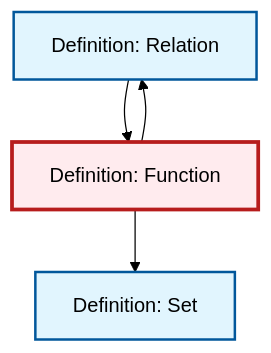
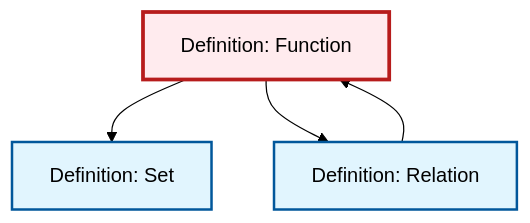
The diagram in content/en/logic-set-theory/def-function.qmd (RK0429/ModernMath), drawn with Mermaid (forest theme) before and after one commit. The commit also changed other lines of this file and 1069 other files, not shown here.

````diff
--- a/content/en/logic-set-theory/def-function.qmd
+++ b/content/en/logic-set-theory/def-function.qmd
@@ -74,18 +74,18 @@
 ```{mermaid}
 %%| fig-cap: "Local dependency graph"
 graph TD
     classDef definition fill:#e1f5fe,stroke:#01579b,stroke-width:2px
     classDef theorem fill:#f3e5f5,stroke:#4a148c,stroke-width:2px
     classDef axiom fill:#fff3e0,stroke:#e65100,stroke-width:2px
     classDef example fill:#e8f5e9,stroke:#1b5e20,stroke-width:2px
     classDef current fill:#ffebee,stroke:#b71c1c,stroke-width:3px
+    def-function["Definition: Function"]:::definition
     def-set["Definition: Set"]:::definition
     def-relation["Definition: Relation"]:::definition
-    def-function["Definition: Function"]:::definition
     def-relation --> def-function
     def-function --> def-set
     def-function --> def-relation
     class def-function current
     click def-set "def-set.html" "Go to Set definition"
     click def-relation "def-relation.html" "Go to Relation definition"
 ```
````
